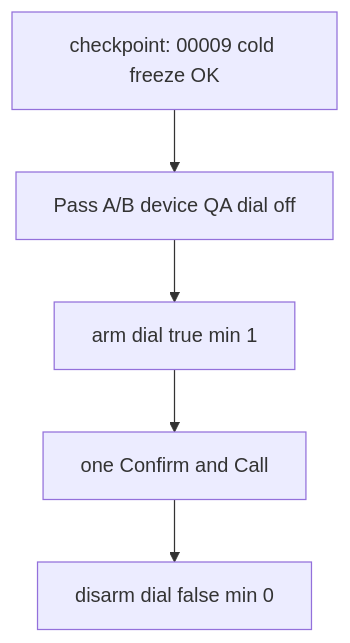
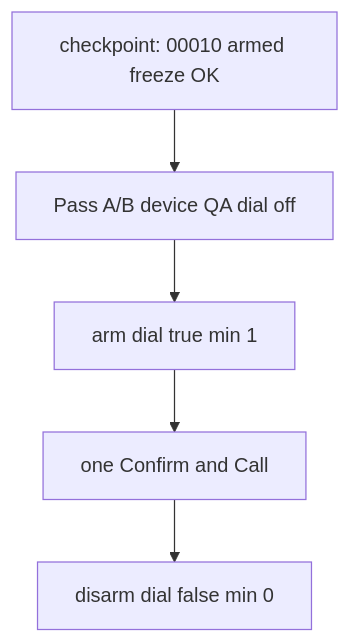
The diagram in docs/qa/pre_stage_5_5_rehearsal.md (akrmcodes/daftar-call-e), drawn with Mermaid before and after one commit. The commit also changed other lines of this file and 1 other file, not shown here.

````diff
--- a/docs/qa/pre_stage_5_5_rehearsal.md
+++ b/docs/qa/pre_stage_5_5_rehearsal.md
@@ -13,9 +13,9 @@
 ```mermaid
 flowchart TD
-  checkpoint["checkpoint: 00009 cold freeze OK"]
+  checkpoint["checkpoint: 00010 armed freeze OK"]
   passA["Pass A/B device QA dial off"]
   arm["arm dial true min 1"]
   live["one Confirm and Call"]
   disarm["disarm dial false min 0"]
   checkpoint --> passA --> arm --> live --> disarm
 ```
````
